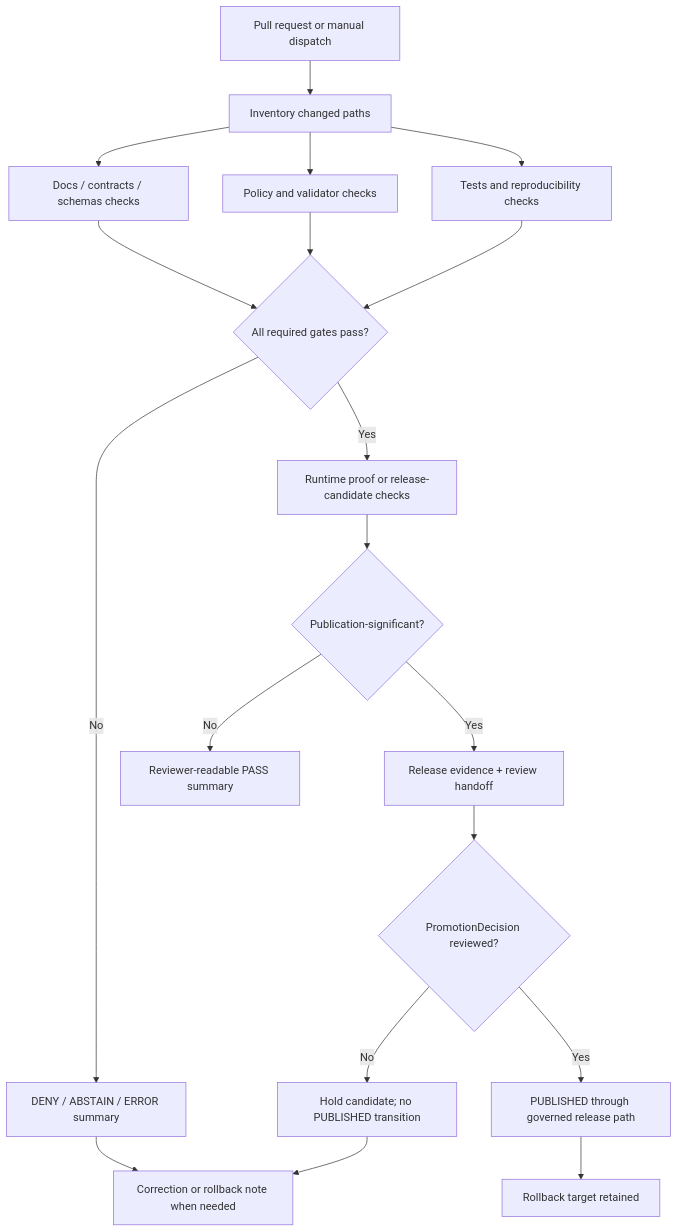
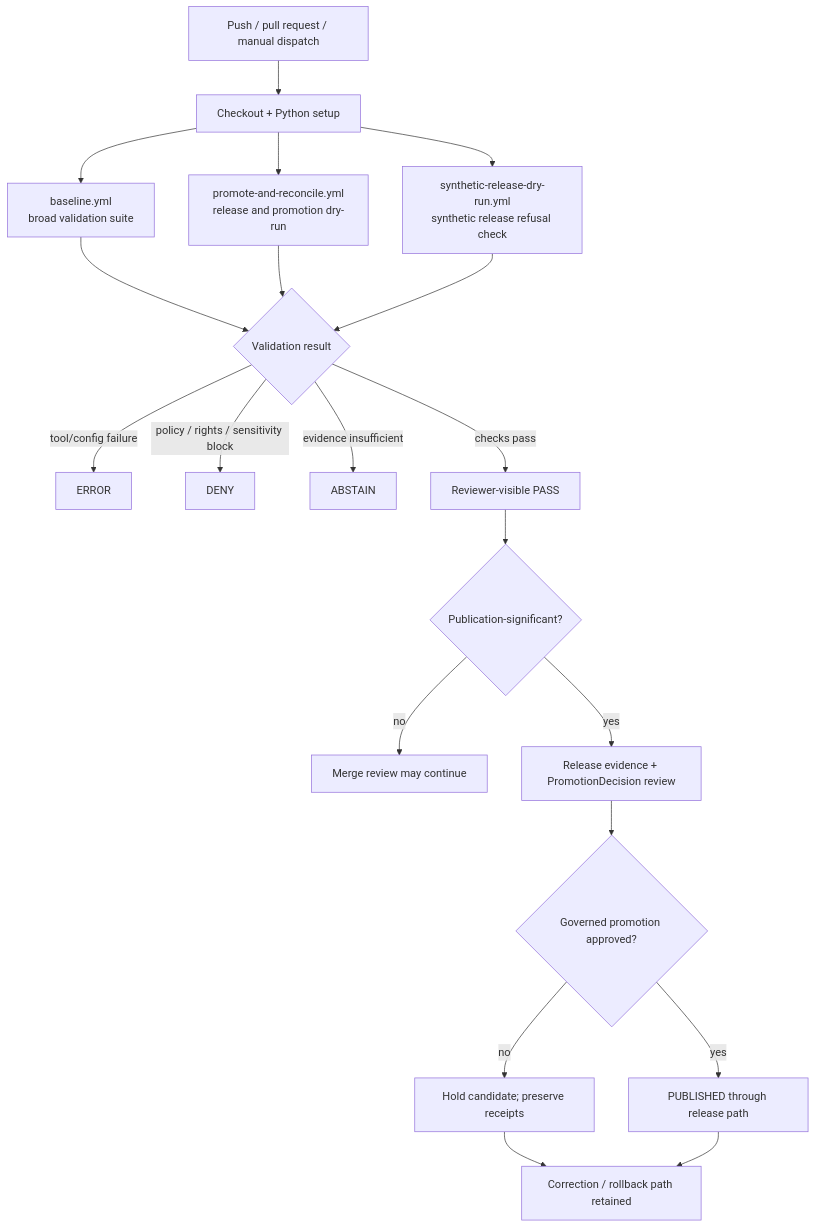
Before and after one commit to bartytime4life/Kansas-Frontier-Matrix: the diagram in .github/workflows/README.md, drawn with Mermaid. The commit also changed other lines of this file, not shown here.

````diff
--- a/.github/workflows/README.md
+++ b/.github/workflows/README.md
@@ -225,25 +181,27 @@
 ```mermaid
 flowchart TD
-    A[Pull request or manual dispatch] --> B[Inventory changed paths]
-    B --> C[Docs / contracts / schemas checks]
-    B --> D[Policy and validator checks]
-    B --> E[Tests and reproducibility checks]
-    C --> F{All required gates pass?}
+    A[Push / pull request / manual dispatch] --> B[Checkout + Python setup]
+    B --> C[baseline.yml<br/>broad validation suite]
+    B --> D[promote-and-reconcile.yml<br/>release and promotion dry-run]
+    B --> E[synthetic-release-dry-run.yml<br/>synthetic release refusal check]
+
+    C --> F{Validation result}
     D --> F
     E --> F
 
-    F -->|No| G[DENY / ABSTAIN / ERROR summary]
-    F -->|Yes| H[Runtime proof or release-candidate checks]
+    F -->|tool/config failure| G[ERROR]
+    F -->|policy / rights / sensitivity block| H[DENY]
+    F -->|evidence insufficient| I[ABSTAIN]
+    F -->|checks pass| J[Reviewer-visible PASS]
 
-    H --> I{Publication-significant?}
-    I -->|No| J[Reviewer-readable PASS summary]
-    I -->|Yes| K[Release evidence + review handoff]
+    J --> K{Publication-significant?}
+    K -->|no| L[Merge review may continue]
+    K -->|yes| M[Release evidence + PromotionDecision review]
 
-    K --> L{PromotionDecision reviewed?}
-    L -->|No| M[Hold candidate; no PUBLISHED transition]
-    L -->|Yes| N[PUBLISHED through governed release path]
+    M --> N{Governed promotion approved?}
+    N -->|no| O[Hold candidate; preserve receipts]
+    N -->|yes| P[PUBLISHED through release path]
 
-    G --> O[Correction or rollback note when needed]
-    M --> O
-    N --> P[Rollback target retained]
+    O --> Q[Correction / rollback path retained]
+    P --> Q
 ```
````
